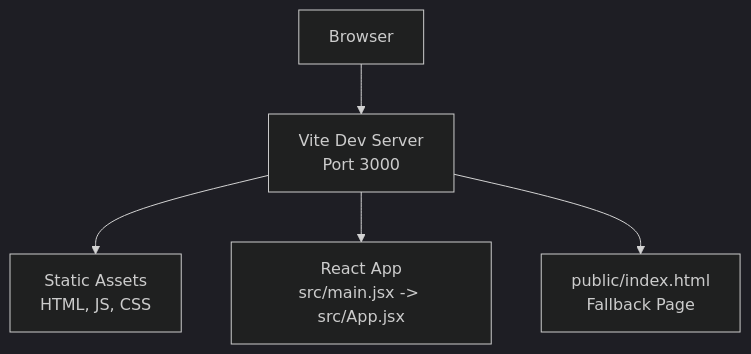
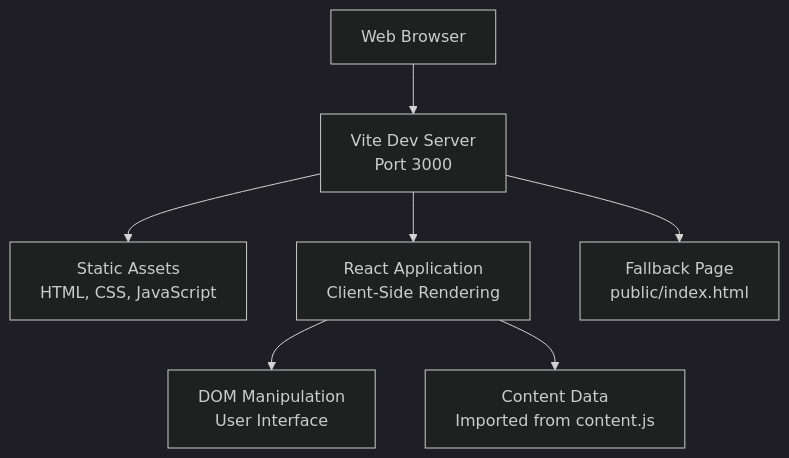
The second of 5 diagrams in .qoder/repowiki/en/content/Server Components.md (rakeshmaity271/frankie-picasso), drawn with Mermaid (dark theme) before and after one commit. The commit also changed other lines of this file and 28 other files, not shown here.

````diff
--- a/.qoder/repowiki/en/content/Server Components.md
+++ b/.qoder/repowiki/en/content/Server Components.md
@@ -82,7 +95,9 @@
 ```mermaid
 graph TB
-Browser["Browser"] --> DevServer["Vite Dev Server<br/>Port 3000"]
-DevServer --> Static["Static Assets<br/>HTML, JS, CSS"]
-DevServer --> ReactApp["React App<br/>src/main.jsx -> src/App.jsx"]
-DevServer --> Fallback["public/index.html<br/>Fallback Page"]
+Browser["Web Browser"] --> ViteServer["Vite Dev Server<br/>Port 3000"]
+ViteServer --> StaticAssets["Static Assets<br/>HTML, CSS, JavaScript"]
+ViteServer --> ReactApp["React Application<br/>Client-Side Rendering"]
+ReactApp --> DOM["DOM Manipulation<br/>User Interface"]
+ReactApp --> ContentData["Content Data<br/>Imported from content.js"]
+ViteServer --> FallbackPage["Fallback Page<br/>public/index.html"]
 ```
````
